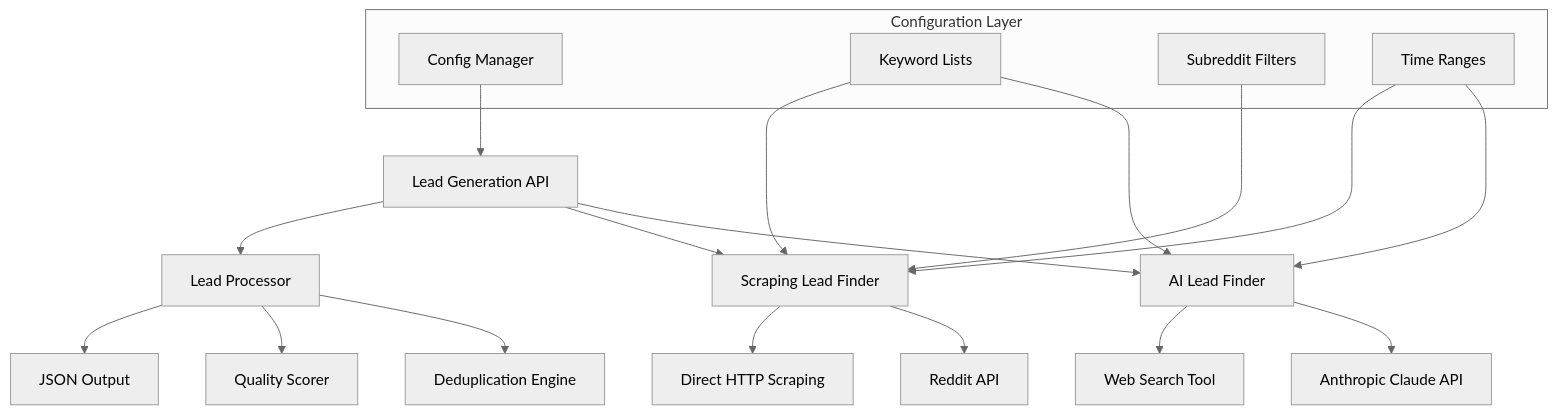
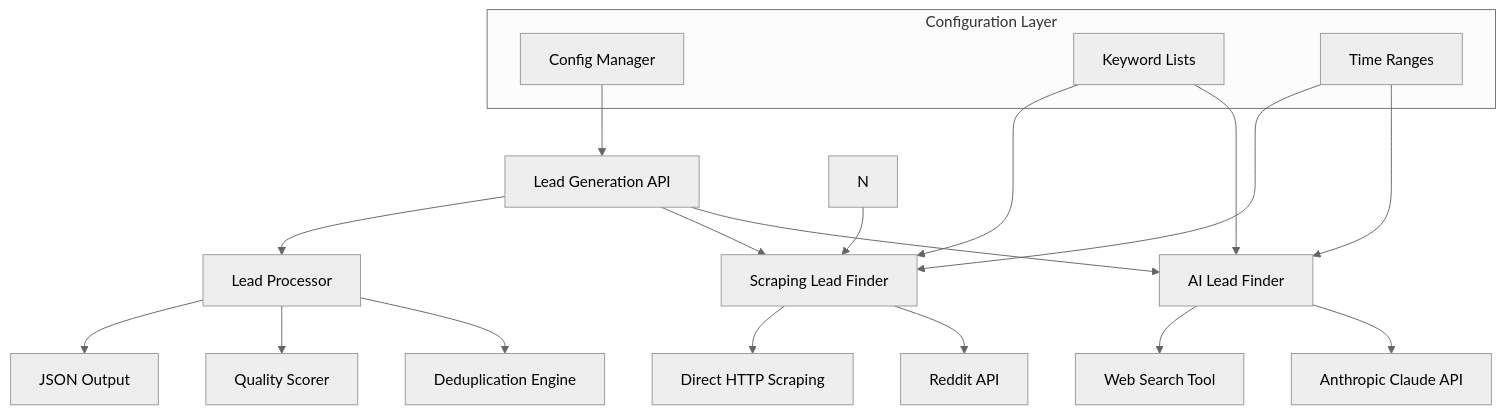
The diagram in .kiro/specs/reddit-lead-backend/design.md (chrisbuildsonline/LeadReplies), drawn with Mermaid (neutral theme) before and after one commit. The commit also changed other lines of this file and 6 other files, not shown here.

````diff
--- a/.kiro/specs/reddit-lead-backend/design.md
+++ b/.kiro/specs/reddit-lead-backend/design.md
@@ -11,27 +11,27 @@
 ```mermaid
 graph TB
     A[Lead Generation API] --> B[AI Lead Finder]
     A --> C[Scraping Lead Finder]
     B --> D[Anthropic Claude API]
     B --> E[Web Search Tool]
     C --> F[Reddit API]
     C --> G[Direct HTTP Scraping]
     A --> H[Lead Processor]
     H --> I[Deduplication Engine]
     H --> J[Quality Scorer]
     H --> K[JSON Output]
     
     subgraph "Configuration Layer"
         L[Config Manager]
         M[Keyword Lists]
-        N[Subreddit Filters]
+
         O[Time Ranges]
     end
     
     L --> A
     M --> B
     M --> C
     N --> C
     O --> B
     O --> C
 ```
````
